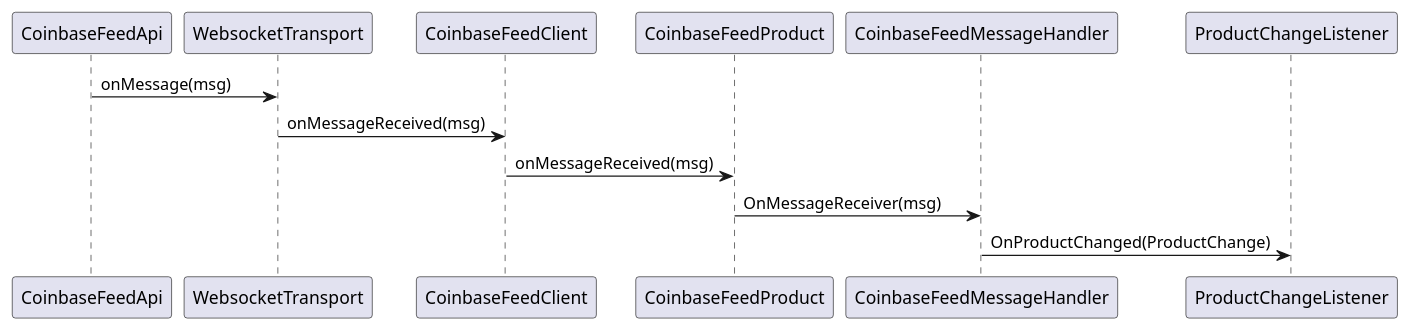
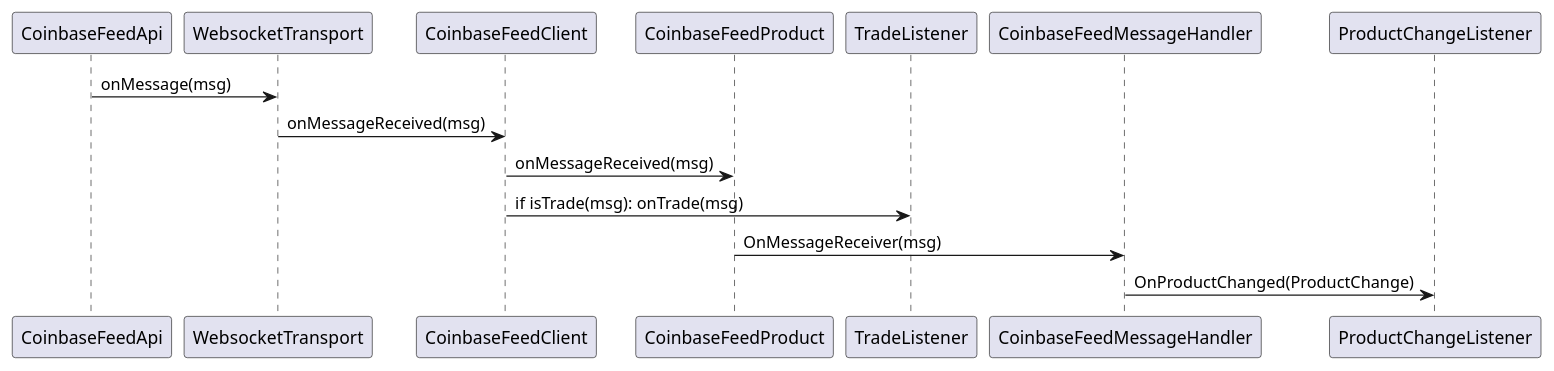
Before and after one commit to bapi23/quote-server: the first of 6 diagrams in docs/markdown.md, drawn with PlantUML. The commit also changed other lines of this file and 11 other files, not shown here.

````diff
--- a/docs/markdown.md
+++ b/docs/markdown.md
@@ -7,9 +7,10 @@
 ```plantuml
 @startuml "Message Received"
 CoinbaseFeedApi->WebsocketTransport: onMessage(msg)
 WebsocketTransport->CoinbaseFeedClient : onMessageReceived(msg)
 CoinbaseFeedClient->CoinbaseFeedProduct : onMessageReceived(msg)
+CoinbaseFeedClient->TradeListener: if isTrade(msg): onTrade(msg)
 CoinbaseFeedProduct->CoinbaseFeedMessageHandler: OnMessageReceiver(msg)
 CoinbaseFeedMessageHandler->ProductChangeListener: OnProductChanged(ProductChange)
 @enduml
 ```
````
